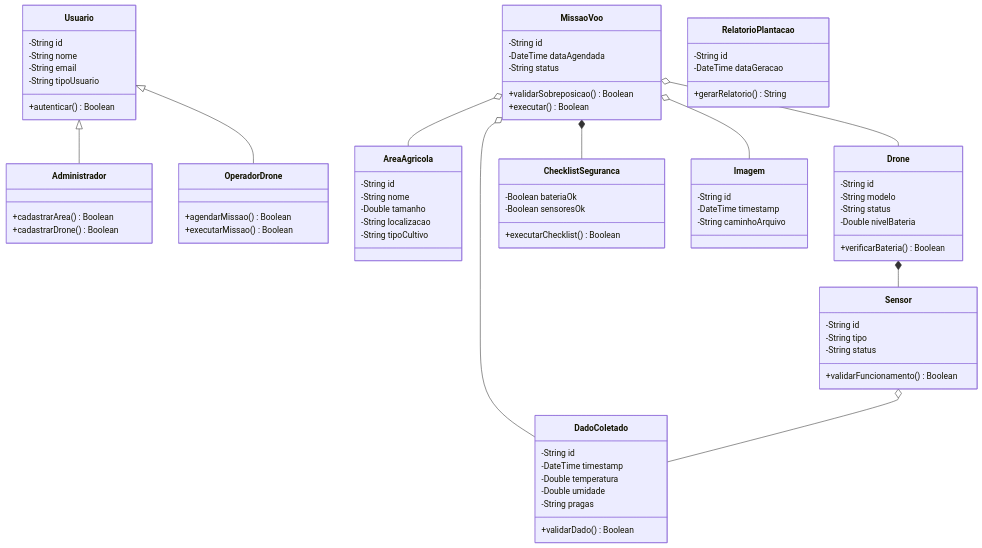
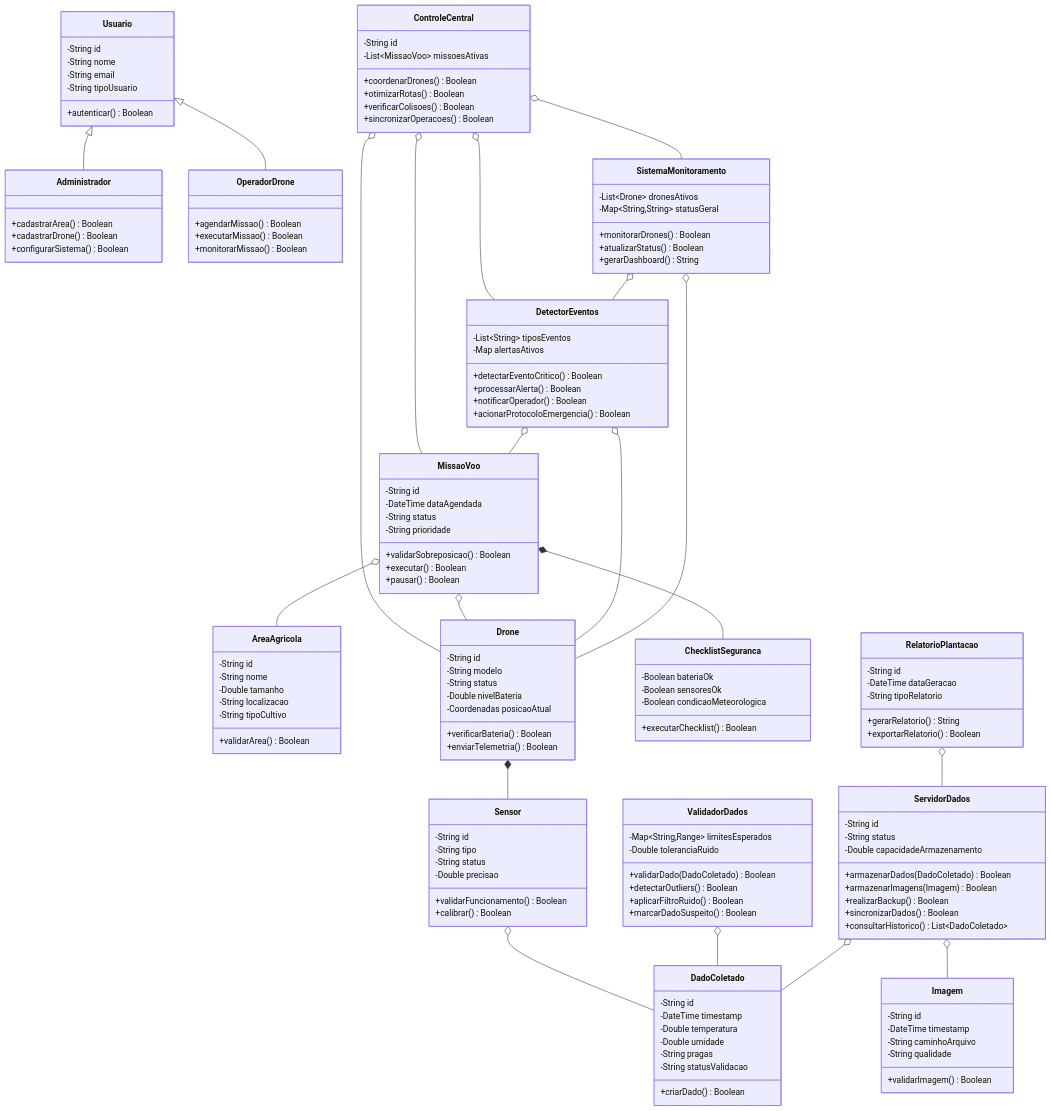
Before and after one commit to joaovitor2107/UML-Classroom-FCI: the diagram in docs/index.md, drawn with Mermaid. The commit also changed other lines of this file, not shown here.

Commit message:
Adcionando diagrama de sequencias e alterando diagrama de classes para deixa-lo mais completo

````diff
--- a/docs/index.md
+++ b/docs/index.md
@@ -51,19 +51,31 @@
     class Administrador {
         +cadastrarArea() Boolean
         +cadastrarDrone() Boolean
+        +configurarSistema() Boolean
     }
     
     class OperadorDrone {
         +agendarMissao() Boolean
         +executarMissao() Boolean
+        +monitorarMissao() Boolean
     }
-
+    
+    class ControleCentral {
+        -String id
+        -List~MissaoVoo~ missoesAtivas
+        +coordenarDrones() Boolean
+        +otimizarRotas() Boolean
+        +verificarColisoes() Boolean
+        +sincronizarOperacoes() Boolean
+    }
+    
     class AreaAgricola {
         -String id
         -String nome
         -Double tamanho
         -String localizacao
         -String tipoCultivo
+        +validarArea() Boolean
     }
     
     class Drone {
@@ -71,61 +83,128 @@
         -String modelo
         -String status
         -Double nivelBateria
+        -Coordenadas posicaoAtual
         +verificarBateria() Boolean
+        +enviarTelemetria() Boolean
     }
     
     class Sensor {
         -String id
         -String tipo
         -String status
+        -Double precisao
         +validarFuncionamento() Boolean
+        +calibrar() Boolean
     }
-
+    
     class MissaoVoo {
         -String id
         -DateTime dataAgendada
         -String status
+        -String prioridade
         +validarSobreposicao() Boolean
         +executar() Boolean
+        +pausar() Boolean
     }
     
     class ChecklistSeguranca {
         -Boolean bateriaOk
         -Boolean sensoresOk
+        -Boolean condicaoMeteorologica
         +executarChecklist() Boolean
     }
-
+    
+    class DetectorEventos {
+        -List~String~ tiposEventos
+        -Map alertasAtivos
+        +detectarEventoCritico() Boolean
+        +processarAlerta() Boolean
+        +notificarOperador() Boolean
+        +acionarProtocoloEmergencia() Boolean
+    }
+    
     class DadoColetado {
         -String id
         -DateTime timestamp
         -Double temperatura
         -Double umidade
         -String pragas
-        +validarDado() Boolean
+        -String statusValidacao
+        +criarDado() Boolean
+    }
+    
+    class ValidadorDados {
+        -Map~String,Range~ limitesEsperados
+        -Double toleranciaRuido
+        +validarDado(DadoColetado) Boolean
+        +detectarOutliers() Boolean
+        +aplicarFiltroRuido() Boolean
+        +marcarDadoSuspeito() Boolean
     }
     
     class Imagem {
         -String id
         -DateTime timestamp
         -String caminhoArquivo
+        -String qualidade
+        +validarImagem() Boolean
     }
-
+    
+    class ServidorDados {
+        -String id
+        -String status
+        -Double capacidadeArmazenamento
+        +armazenarDados(DadoColetado) Boolean
+        +armazenarImagens(Imagem) Boolean
+        +realizarBackup() Boolean
+        +sincronizarDados() Boolean
+        +consultarHistorico() List~DadoColetado~
+    }
+    
     class RelatorioPlantacao {
         -String id
         -DateTime dataGeracao
+        -String tipoRelatorio
         +gerarRelatorio() String
+        +exportarRelatorio() Boolean
+    }
+    
+    class SistemaMonitoramento {
+        -List~Drone~ dronesAtivos
+        -Map~String,String~ statusGeral
+        +monitorarDrones() Boolean
+        +atualizarStatus() Boolean
+        +gerarDashboard() String
     }
 
+    %% Herança
     Usuario <|-- Administrador
     Usuario <|-- OperadorDrone
-
+    
+    %% Composição
     Drone *-- Sensor
     MissaoVoo *-- ChecklistSeguranca
     
+    %% Agregação e Associação
+    ControleCentral o-- MissaoVoo
+    ControleCentral o-- Drone
+    ControleCentral o-- DetectorEventos
+    ControleCentral o-- SistemaMonitoramento
+    
     MissaoVoo o-- AreaAgricola
     MissaoVoo o-- Drone
-    MissaoVoo o-- DadoColetado
-    MissaoVoo o-- Imagem
     
     Sensor o-- DadoColetado
+    ValidadorDados o-- DadoColetado
+    
+    ServidorDados o-- DadoColetado
+    ServidorDados o-- Imagem
+    
+    DetectorEventos o-- Drone
+    DetectorEventos o-- MissaoVoo
+    
+    SistemaMonitoramento o-- Drone
+    SistemaMonitoramento o-- DetectorEventos
+    
+    RelatorioPlantacao o-- ServidorDados
 ```
````
